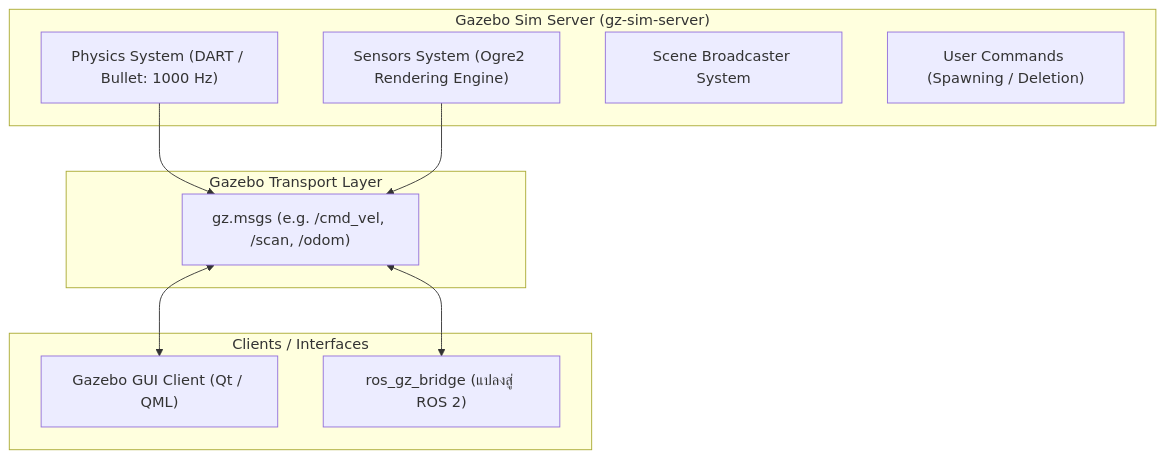
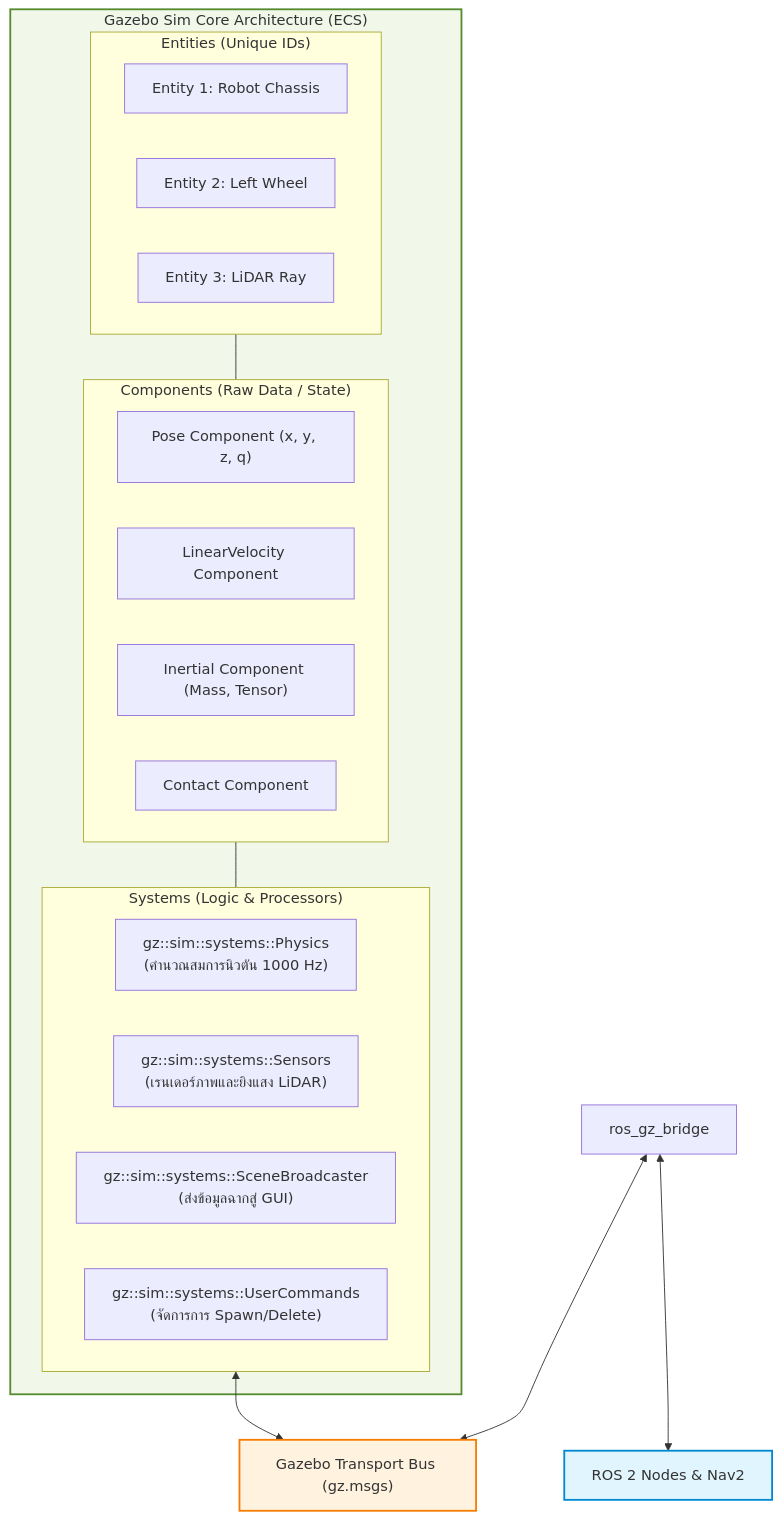
Before and after one commit to alfaXphoori/ros2: the diagram in Essential_ROS/Week_10_Gazebo_Sim_Harmonic/Readme.md, drawn with Mermaid. The commit also changed other lines of this file and 15 other files, not shown here.

````diff
--- a/Essential_ROS/Week_10_Gazebo_Sim_Harmonic/Readme.md
+++ b/Essential_ROS/Week_10_Gazebo_Sim_Harmonic/Readme.md
@@ -37,23 +37,37 @@
 ```mermaid
-flowchart TD
-    subgraph GazeboServer ["Gazebo Sim Server (gz-sim-server)"]
-        PhysicsSystem["Physics System (DART / Bullet: 1000 Hz)"]
-        SensorsSystem["Sensors System (Ogre2 Rendering Engine)"]
-        SceneBroadcaster["Scene Broadcaster System"]
-        UserCommands["User Commands (Spawning / Deletion)"]
+graph TD
+    subgraph ECS_Core ["Gazebo Sim Core Architecture (ECS)"]
+        subgraph Entities ["Entities (Unique IDs)"]
+            E1["Entity 1: Robot Chassis"]
+            E2["Entity 2: Left Wheel"]
+            E3["Entity 3: LiDAR Ray"]
+        end
+
+        subgraph Components ["Components (Raw Data / State)"]
+            C1["Pose Component (x, y, z, q)"]
+            C2["LinearVelocity Component"]
+            C3["Inertial Component (Mass, Tensor)"]
+            C4["Contact Component"]
+        end
+
+        subgraph Systems ["Systems (Logic & Processors)"]
+            S_Phys["gz::sim::systems::Physics<br/>(คำนวณสมการนิวตัน 1000 Hz)"]
+            S_Sens["gz::sim::systems::Sensors<br/>(เรนเดอร์ภาพและยิงแสง LiDAR)"]
+            S_Broad["gz::sim::systems::SceneBroadcaster<br/>(ส่งข้อมูลฉากสู่ GUI)"]
+            S_Cmd["gz::sim::systems::UserCommands<br/>(จัดการการ Spawn/Delete)"]
+        end
     end
 
-    subgraph TransportLayer ["Gazebo Transport Layer"]
-        GZTopics["gz.msgs (e.g. /cmd_vel, /scan, /odom)"]
-    end
+    Entities --- Components
+    Components --- Systems
 
-    subgraph Clients ["Clients / Interfaces"]
-        GUIClient["Gazebo GUI Client (Qt / QML)"]
-        ROSBridge["ros_gz_bridge (แปลงสู่ ROS 2)"]
-    end
+    GZ_Transport["Gazebo Transport Bus (gz.msgs)"]
+    Systems <--> GZ_Transport
 
-    PhysicsSystem --> GZTopics
-    SensorsSystem --> GZTopics
-    GZTopics <--> GUIClient
-    GZTopics <--> ROSBridge
+    ROS_Bridge["ros_gz_bridge"] <--> GZ_Transport
+    ROS_Bridge <--> ROS_Ecosystem["ROS 2 Nodes & Nav2"]
+
+    style ECS_Core fill:#f1f8e9,stroke:#558b2f,stroke-width:2px
+    style GZ_Transport fill:#fff3e0,stroke:#f57c00,stroke-width:2px
+    style ROS_Ecosystem fill:#e1f5fe,stroke:#0288d1,stroke-width:2px
 ```
````
